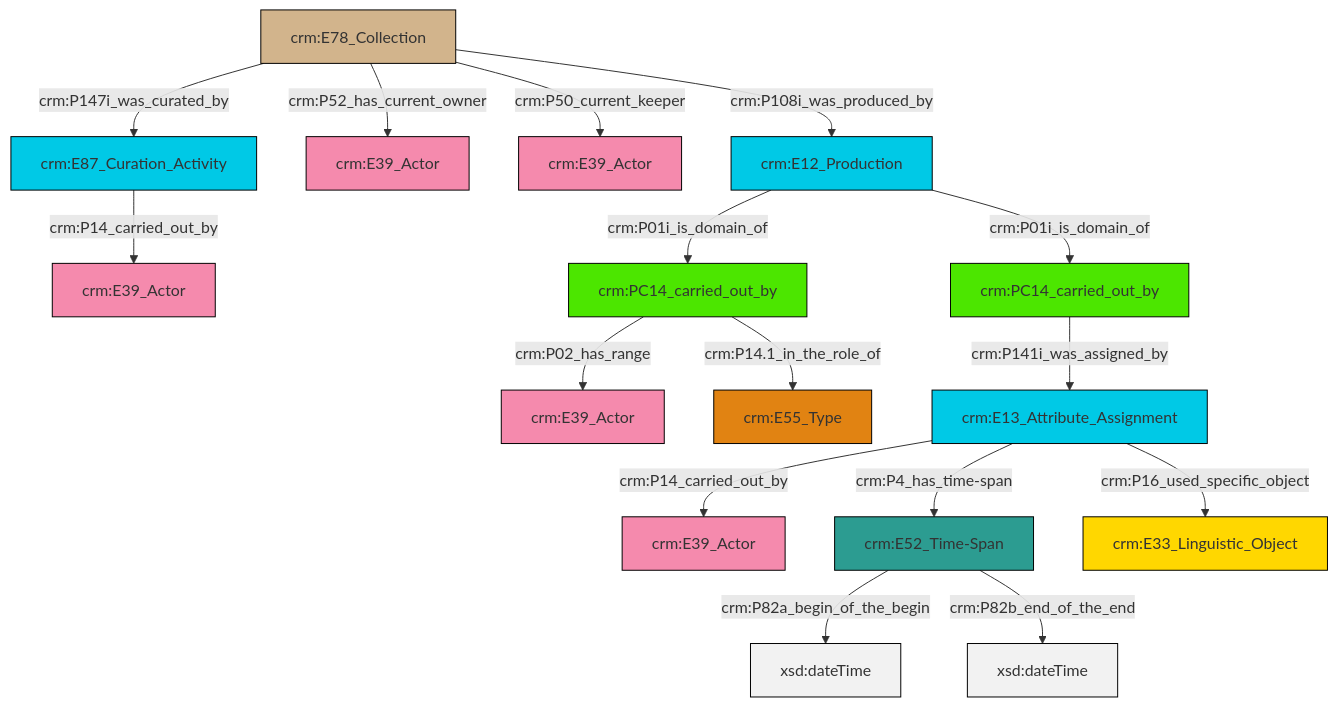
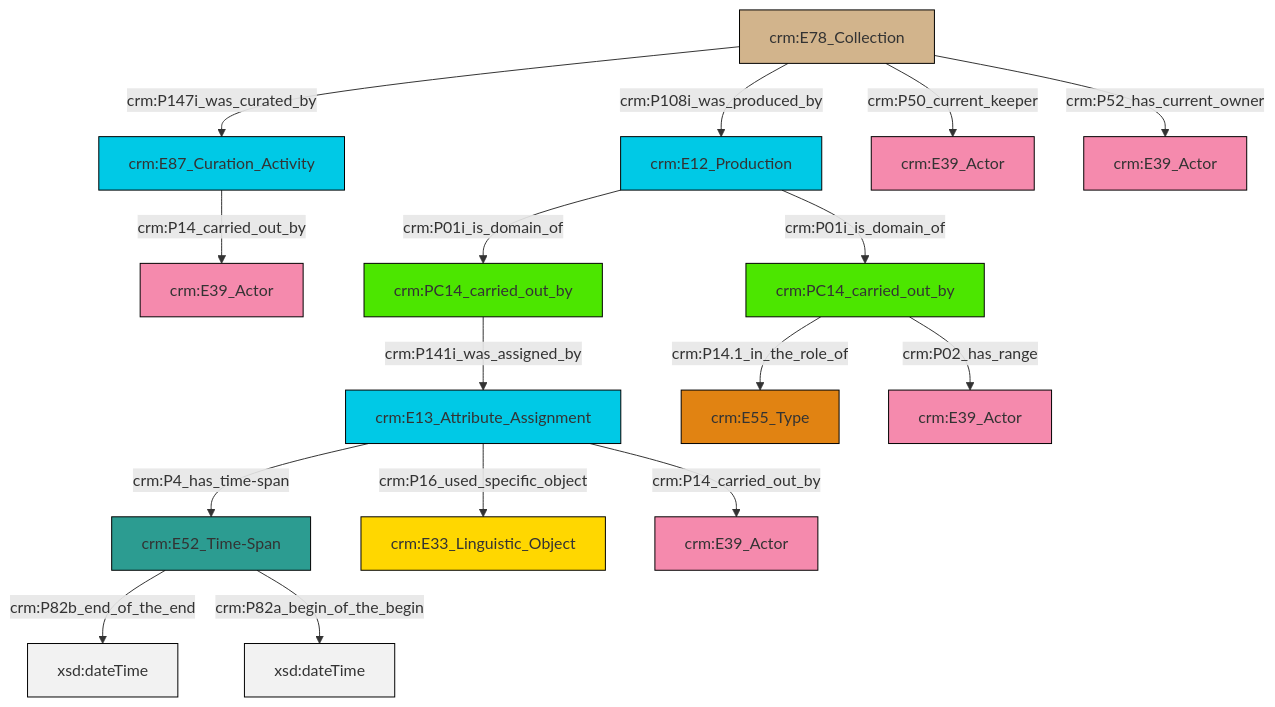
Before and after one commit to swiss-art-research-net/docs.swissartresearch: the diagram in et/archivalCSV/ttl/mmd/archival_relation.ttl.mmd, drawn with Mermaid. The commit also changed 179 other files, not shown here.

```diff
--- a/et/archivalCSV/ttl/mmd/archival_relation.ttl.mmd
+++ b/et/archivalCSV/ttl/mmd/archival_relation.ttl.mmd
@@ -1,30 +1,30 @@
 graph TD
 classDef Literal fill:#f2f2f2,stroke:#000000;
 classDef CRM_Entity fill:#FFFFFF,stroke:#000000;
 classDef Temporal_Entity fill:#00C9E6, stroke:#000000;
 classDef Type fill:#E18312, stroke:#000000;
 classDef Time-Span fill:#2C9C91, stroke:#000000;
 classDef Appellation fill:#FFEB7F, stroke:#000000;
 classDef Place fill:#008836, stroke:#000000;
 classDef Persistent_Item fill:#B266B2, stroke:#000000;
 classDef Conceptual_Object fill:#FFD700, stroke:#000000;
 classDef Physical_Thing fill:#D2B48C, stroke:#000000;
 classDef Actor fill:#f58aad, stroke:#000000;
 classDef PC_Classes fill:#4ce600, stroke:#000000;
 classDef Multi fill:#cccccc,stroke:#000000;
 
-2["crm:E13_Attribute_Assignment"]:::Temporal_Entity -->|crm:P14_carried_out_by| 3["crm:E39_Actor"]:::Actor
-7["crm:E87_Curation_Activity"]:::Temporal_Entity -->|crm:P14_carried_out_by| 5["crm:E39_Actor"]:::Actor
-8["crm:E52_Time-Span"]:::Time-Span -->|crm:P82a_begin_of_the_begin| 9[xsd:dateTime]:::Literal
-2["crm:E13_Attribute_Assignment"]:::Temporal_Entity -->|crm:P4_has_time-span| 8["crm:E52_Time-Span"]:::Time-Span
-20["crm:E12_Production"]:::Temporal_Entity -->|crm:P01i_is_domain_of| 21["crm:PC14_carried_out_by"]:::PC_Classes
-18["crm:E78_Collection"]:::Physical_Thing -->|crm:P147i_was_curated_by| 7["crm:E87_Curation_Activity"]:::Temporal_Entity
-8["crm:E52_Time-Span"]:::Time-Span -->|crm:P82b_end_of_the_end| 22[xsd:dateTime]:::Literal
-0["crm:PC14_carried_out_by"]:::PC_Classes -->|crm:P141i_was_assigned_by| 2["crm:E13_Attribute_Assignment"]:::Temporal_Entity
-21["crm:PC14_carried_out_by"]:::PC_Classes -->|crm:P02_has_range| 11["crm:E39_Actor"]:::Actor
-18["crm:E78_Collection"]:::Physical_Thing -->|crm:P52_has_current_owner| 14["crm:E39_Actor"]:::Actor
-18["crm:E78_Collection"]:::Physical_Thing -->|crm:P50_current_keeper| 24["crm:E39_Actor"]:::Actor
-21["crm:PC14_carried_out_by"]:::PC_Classes -->|crm:P14.1_in_the_role_of| 27["crm:E55_Type"]:::Type
-18["crm:E78_Collection"]:::Physical_Thing -->|crm:P108i_was_produced_by| 20["crm:E12_Production"]:::Temporal_Entity
-2["crm:E13_Attribute_Assignment"]:::Temporal_Entity -->|crm:P16_used_specific_object| 16["crm:E33_Linguistic_Object"]:::Conceptual_Object
-20["crm:E12_Production"]:::Temporal_Entity -->|crm:P01i_is_domain_of| 0["crm:PC14_carried_out_by"]:::PC_Classes
+2["crm:E13_Attribute_Assignment"]:::Temporal_Entity -->|crm:P16_used_specific_object| 3["crm:E33_Linguistic_Object"]:::Conceptual_Object
+2["crm:E13_Attribute_Assignment"]:::Temporal_Entity -->|crm:P14_carried_out_by| 4["crm:E39_Actor"]:::Actor
+9["crm:E87_Curation_Activity"]:::Temporal_Entity -->|crm:P14_carried_out_by| 7["crm:E39_Actor"]:::Actor
+10["crm:E12_Production"]:::Temporal_Entity -->|crm:P01i_is_domain_of| 11["crm:PC14_carried_out_by"]:::PC_Classes
+5["crm:E78_Collection"]:::Physical_Thing -->|crm:P50_current_keeper| 14["crm:E39_Actor"]:::Actor
+5["crm:E78_Collection"]:::Physical_Thing -->|crm:P52_has_current_owner| 16["crm:E39_Actor"]:::Actor
+0["crm:E52_Time-Span"]:::Time-Span -->|crm:P82b_end_of_the_end| 18[xsd:dateTime]:::Literal
+10["crm:E12_Production"]:::Temporal_Entity -->|crm:P01i_is_domain_of| 12["crm:PC14_carried_out_by"]:::PC_Classes
+2["crm:E13_Attribute_Assignment"]:::Temporal_Entity -->|crm:P4_has_time-span| 0["crm:E52_Time-Span"]:::Time-Span
+12["crm:PC14_carried_out_by"]:::PC_Classes -->|crm:P141i_was_assigned_by| 2["crm:E13_Attribute_Assignment"]:::Temporal_Entity
+11["crm:PC14_carried_out_by"]:::PC_Classes -->|crm:P14.1_in_the_role_of| 21["crm:E55_Type"]:::Type
+5["crm:E78_Collection"]:::Physical_Thing -->|crm:P147i_was_curated_by| 9["crm:E87_Curation_Activity"]:::Temporal_Entity
+0["crm:E52_Time-Span"]:::Time-Span -->|crm:P82a_begin_of_the_begin| 23[xsd:dateTime]:::Literal
+5["crm:E78_Collection"]:::Physical_Thing -->|crm:P108i_was_produced_by| 10["crm:E12_Production"]:::Temporal_Entity
+11["crm:PC14_carried_out_by"]:::PC_Classes -->|crm:P02_has_range| 28["crm:E39_Actor"]:::Actor
```
